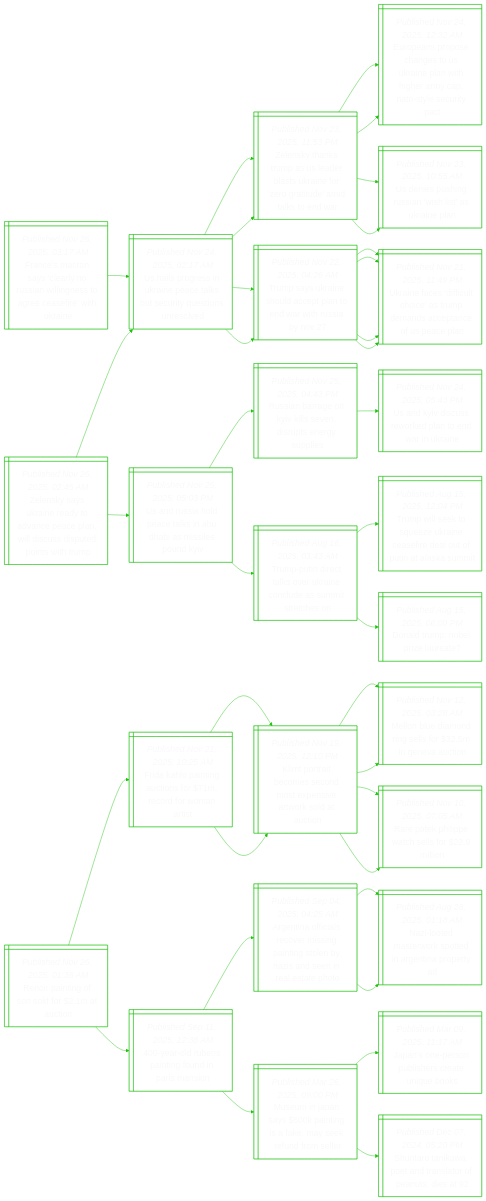
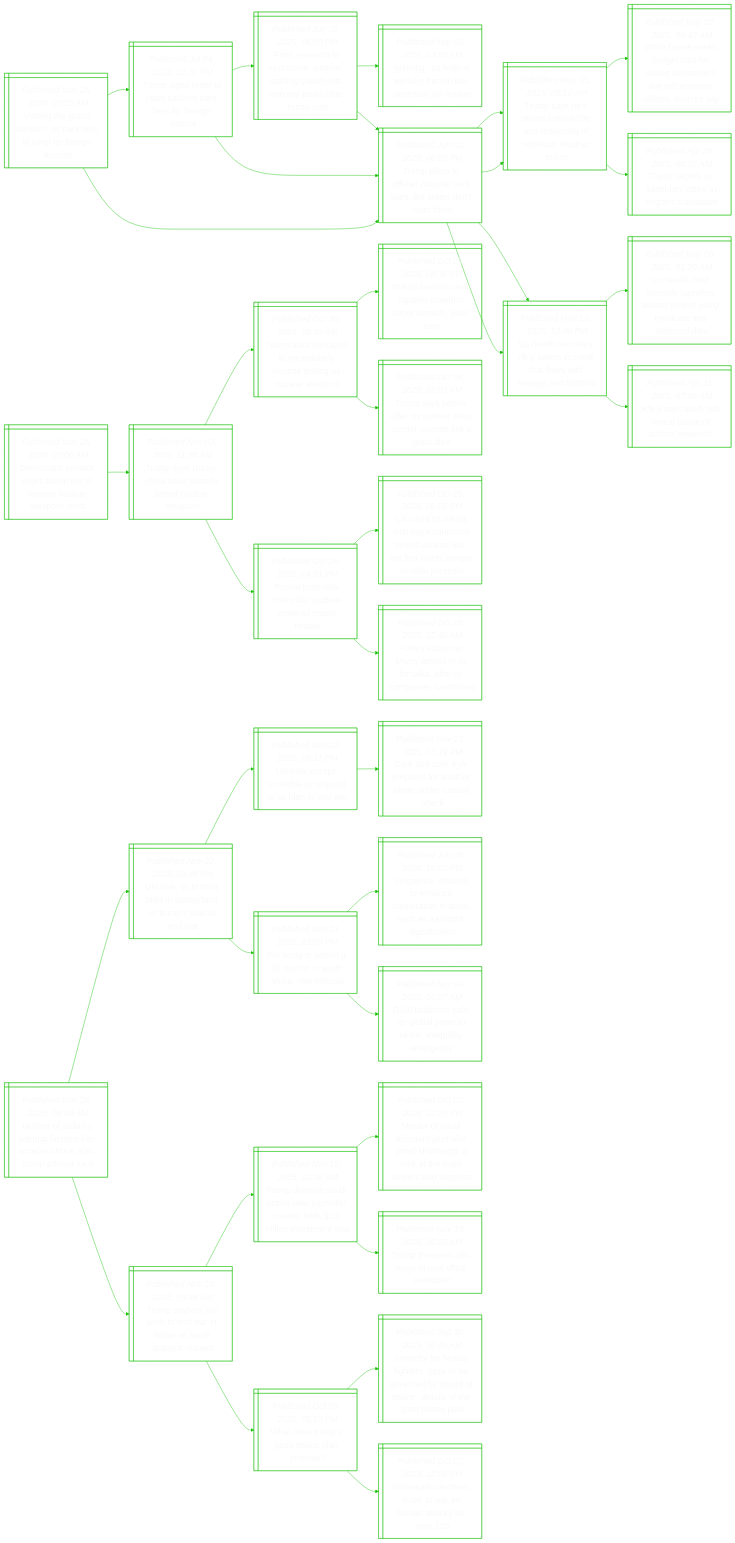
The diagram in README.md (notJmes/notJmes), drawn with Mermaid before and after one commit. The commit also changed other lines of this file, not shown here.

````diff
--- a/README.md
+++ b/README.md
@@ -16,118 +16,118 @@
 flowchart LR
 classDef txtsize font-size:20px;
 
-Feryaoilnoeewke@{ shape: win-pane, label: "_Published Nov 26, 2025, 03:17 AM_
-France’s macron says ‘clearly no russian willingness to agree ceasefire’ with ukraine" }
-Ulgiaeauuqinl@{ shape: win-pane, label: "_Published Nov 24, 2025, 02:17 AM_
-Us hails progress in ukraine peace talks but security questions unresolved" }
-ZsarsalUnzruikn@{ shape: win-pane, label: "_Published Nov 23, 2025, 11:53 PM_
-Zelensky thanks trump as us leader blasts ukraine for ‘zero gratitude’ amid talks to end war" }
-EeregUalthmNtett@{ shape: win-pane, label: "_Published Nov 24, 2025, 12:32 AM_
-Europeans propose changes to us ukraine plan with higher army cap, nato-style security pact" }
-UisRahaal@{ shape: win-pane, label: "_Published Nov 23, 2025, 10:55 AM_
-Us denies pushing russian ‘wish list’ as ukraine plan" }
-Tskeleanwub@{ shape: win-pane, label: "_Published Nov 22, 2025, 04:26 AM_
-Trump says ukraine should accept plan to end war with russia by nov 27" }
-Uneftcrespepp@{ shape: win-pane, label: "_Published Nov 21, 2025, 11:49 PM_
-Ukraine faces ‘difficult choice’ as trump demands acceptance of us peace plan" }
-Uneftcrespepp@{ shape: win-pane, label: "_Published Nov 21, 2025, 11:49 PM_
-Ukraine faces ‘difficult choice’ as trump demands acceptance of us peace plan" }
+Viedoaeurius@{ shape: win-pane, label: "_Published Nov 26, 2025, 07:25 AM_
+Visiting the grand canyon? us park fees to jump for foreign tourists" }
+Tsotsiperiss@{ shape: win-pane, label: "_Published Jul 04, 2025, 12:30 PM_
+Trump signs order to raise national park fees for foreign visitors" }
+FeceomtnntipaTc@{ shape: win-pane, label: "_Published Jun 08, 2025, 06:50 PM_
+From research to restrooms: summer staffing crunch hits national parks after trump cuts" }
+Gifakhinabe@{ shape: win-pane, label: "_Published Mar 09, 2025, 03:52 AM_
+‘grieving’: us federal workers thrown into uncertain job market" }
+Tptlaakstdae@{ shape: win-pane, label: "_Published Jun 02, 2025, 06:00 PM_
+Trump plans to offload national park sites, but states don’t want them" }
+Tptlaakstdae@{ shape: win-pane, label: "_Published Jun 02, 2025, 06:00 PM_
+Trump plans to offload national park sites, but states don’t want them" }
+Tseeednpgtuapn@{ shape: win-pane, label: "_Published May 05, 2025, 08:10 AM_
+Trump says he’s ordered rebuilding and reopening of notorious alcatraz prison" }
+UlcrJmrhotade@{ shape: win-pane, label: "_Published May 13, 2025, 12:00 PM_
+Us health secretary rfk jr swims in creek that flows with sewage and bacteria" }
+Tptlaakstdae@{ shape: win-pane, label: "_Published Jun 02, 2025, 06:00 PM_
+Trump plans to offload national park sites, but states don’t want them" }
+Tseeednpgtuapn@{ shape: win-pane, label: "_Published May 05, 2025, 08:10 AM_
+Trump says he’s ordered rebuilding and reopening of notorious alcatraz prison" }
+WHsbtfsDtlfmfscy@{ shape: win-pane, label: "_Published May 02, 2025, 09:43 AM_
+White house seeks budget cuts for justice department law enforcement offices, sources say" }
+Tttaatnaaw@{ shape: win-pane, label: "_Published Apr 29, 2025, 04:32 AM_
+Trump targets us 'sanctuary cities' in migrant crackdown" }
+UlcrJmrhotade@{ shape: win-pane, label: "_Published May 13, 2025, 12:00 PM_
+Us health secretary rfk jr swims in creek that flows with sewage and bacteria" }
+Ulinlhtrtgcnid@{ shape: win-pane, label: "_Published May 08, 2025, 01:30 AM_
+Us health chief kennedy launches autism project using medicare and medicaid data" }
+Rstivafsd@{ shape: win-pane, label: "_Published Apr 11, 2025, 07:39 AM_
+Rfk jr says study will reveal cause of autism ‘epidemic’" }
 
-Feryaoilnoeewke:::txtsize --> Ulgiaeauuqinl:::txtsize
-Ulgiaeauuqinl:::txtsize --> ZsarsalUnzruikn:::txtsize
-ZsarsalUnzruikn:::txtsize --> EeregUalthmNtett:::txtsize
-ZsarsalUnzruikn:::txtsize --> UisRahaal:::txtsize
-Ulgiaeauuqinl:::txtsize --> Tskeleanwub:::txtsize
-Tskeleanwub:::txtsize --> Uneftcrespepp:::txtsize
-Tskeleanwub:::txtsize --> Uneftcrespepp:::txtsize
+Viedoaeurius:::txtsize --> Tsotsiperiss:::txtsize
+Tsotsiperiss:::txtsize --> FeceomtnntipaTc:::txtsize
+FeceomtnntipaTc:::txtsize --> Gifakhinabe:::txtsize
+FeceomtnntipaTc:::txtsize --> Tptlaakstdae:::txtsize
+Tsotsiperiss:::txtsize --> Tptlaakstdae:::txtsize
+Tptlaakstdae:::txtsize --> Tseeednpgtuapn:::txtsize
+Tptlaakstdae:::txtsize --> UlcrJmrhotade:::txtsize
+Viedoaeurius:::txtsize --> Tptlaakstdae:::txtsize
+Tptlaakstdae:::txtsize --> Tseeednpgtuapn:::txtsize
+Tseeednpgtuapn:::txtsize --> WHsbtfsDtlfmfscy:::txtsize
+Tseeednpgtuapn:::txtsize --> Tttaatnaaw:::txtsize
+Tptlaakstdae:::txtsize --> UlcrJmrhotade:::txtsize
+UlcrJmrhotade:::txtsize --> Ulinlhtrtgcnid:::txtsize
+UlcrJmrhotade:::txtsize --> Rstivafsd:::txtsize
 
-Zsyaeonaalusdthp@{ shape: win-pane, label: "_Published Nov 26, 2025, 02:45 AM_
-Zelensky says ukraine ready to advance peace plan, will discuss disputed points with trump" }
-Ulgiaeauuqinl@{ shape: win-pane, label: "_Published Nov 24, 2025, 02:17 AM_
-Us hails progress in ukraine peace talks but security questions unresolved" }
-ZsarsalUnzruikn@{ shape: win-pane, label: "_Published Nov 23, 2025, 11:53 PM_
-Zelensky thanks trump as us leader blasts ukraine for ‘zero gratitude’ amid talks to end war" }
-EeregUalthmNtett@{ shape: win-pane, label: "_Published Nov 24, 2025, 12:32 AM_
-Europeans propose changes to us ukraine plan with higher army cap, nato-style security pact" }
-UisRahaal@{ shape: win-pane, label: "_Published Nov 23, 2025, 10:55 AM_
-Us denies pushing russian ‘wish list’ as ukraine plan" }
-Tskeleanwub@{ shape: win-pane, label: "_Published Nov 22, 2025, 04:26 AM_
-Trump says ukraine should accept plan to end war with russia by nov 27" }
-Uneftcrespepp@{ shape: win-pane, label: "_Published Nov 21, 2025, 11:49 PM_
-Ukraine faces ‘difficult choice’ as trump demands acceptance of us peace plan" }
-Uneftcrespepp@{ shape: win-pane, label: "_Published Nov 21, 2025, 11:49 PM_
-Ukraine faces ‘difficult choice’ as trump demands acceptance of us peace plan" }
-URaptiDaspK@{ shape: win-pane, label: "_Published Nov 25, 2025, 05:03 PM_
-Us and russia hold peace talks in abu dhabi as missiles pound kyiv" }
-Rarnksdpeue@{ shape: win-pane, label: "_Published Nov 25, 2025, 04:43 PM_
-Russian barrage on kyiv kills seven, disrupts energy supplies" }
-UKisrlerr@{ shape: win-pane, label: "_Published Nov 24, 2025, 05:43 PM_
-Us and kyiv discuss reworked plan to end war in ukraine" }
-TPdtsUncamre@{ shape: win-pane, label: "_Published Aug 16, 2025, 03:43 AM_
-Trump-putin direct talks over ukraine conclude as summit stretches on" }
-Tweszaeiaoilst@{ shape: win-pane, label: "_Published Aug 15, 2025, 12:04 PM_
-Trump will seek to squeeze ukraine ceasefire deal out of putin at alaska summit" }
-Ddplee@{ shape: win-pane, label: "_Published Aug 15, 2025, 06:00 PM_
-Donald trump: nobel prize laureate?" }
+Drsoemtucwnt@{ shape: win-pane, label: "_Published Nov 26, 2025, 07:00 AM_
+Democratic senator urges trump not to resume nuclear weapons tests" }
+TsuCheltcwn@{ shape: win-pane, label: "_Published Nov 03, 2025, 11:35 AM_
+Trump says russia, china have secretly tested nuclear weapons" }
+Taeomareinap@{ shape: win-pane, label: "_Published Oct 30, 2025, 09:50 AM_
+Trump asks pentagon to immediately resume testing us nuclear weapons" }
+RasepPdprPs@{ shape: win-pane, label: "_Published Oct 29, 2025, 08:36 PM_
+Russia tests nuclear-capable poseidon super torpedo, putin says" }
+Tsuoolrnssai@{ shape: win-pane, label: "_Published Oct 06, 2025, 02:01 AM_
+Trump says putin’s offer on nuclear arms control ‘sounds like a good idea’" }
+Rasniurruie@{ shape: win-pane, label: "_Published Oct 26, 2025, 04:01 PM_
+Russia tests new ‘invincible’ nuclear-powered cruise missile" }
+UlRamaoerwttsparr@{ shape: win-pane, label: "_Published Oct 25, 2025, 06:05 PM_
+Us could hit russia with more sanctions to end ukraine war, but first wants europe to raise pressure" }
+Psonrsfltlasi@{ shape: win-pane, label: "_Published Oct 25, 2025, 12:40 AM_
+Putin’s economic envoy arrives in us for talks, after oil companies sanctioned" }
 
-Zsyaeonaalusdthp:::txtsize --> Ulgiaeauuqinl:::txtsize
-Ulgiaeauuqinl:::txtsize --> ZsarsalUnzruikn:::txtsize
-ZsarsalUnzruikn:::txtsize --> EeregUalthmNtett:::txtsize
-ZsarsalUnzruikn:::txtsize --> UisRahaal:::txtsize
-Ulgiaeauuqinl:::txtsize --> Tskeleanwub:::txtsize
-Tskeleanwub:::txtsize --> Uneftcrespepp:::txtsize
-Tskeleanwub:::txtsize --> Uneftcrespepp:::txtsize
-Zsyaeonaalusdthp:::txtsize --> URaptiDaspK:::txtsize
-URaptiDaspK:::txtsize --> Rarnksdpeue:::txtsize
-Rarnksdpeue:::txtsize --> UKisrlerr:::txtsize
-URaptiDaspK:::txtsize --> TPdtsUncamre:::txtsize
-TPdtsUncamre:::txtsize --> Tweszaeiaoilst:::txtsize
-TPdtsUncamre:::txtsize --> Ddplee:::txtsize
+Drsoemtucwnt:::txtsize --> TsuCheltcwn:::txtsize
+TsuCheltcwn:::txtsize --> Taeomareinap:::txtsize
+Taeomareinap:::txtsize --> RasepPdprPs:::txtsize
+Taeomareinap:::txtsize --> Tsuoolrnssai:::txtsize
+TsuCheltcwn:::txtsize --> Rasniurruie:::txtsize
+Rasniurruie:::txtsize --> UlRamaoerwttsparr:::txtsize
+Rasniurruie:::txtsize --> Psonrsfltlasi:::txtsize
 
-Rrtforun@{ shape: win-pane, label: "_Published Nov 26, 2025, 01:38 AM_
-Renoir painting of son sold for $2.1m at auction" }
-FKpicsrdor@{ shape: win-pane, label: "_Published Nov 21, 2025, 10:25 AM_
-Frida kahlo painting auctions for $71m, record for woman artist" }
-Kpacsdesrkat@{ shape: win-pane, label: "_Published Nov 19, 2025, 12:10 PM_
-Klimt portrait becomes second most expensive artwork sold at auction" }
-Mndngsiec@{ shape: win-pane, label: "_Published Nov 12, 2025, 03:28 AM_
-Mellon blue diamond ring sells for $32.5m in geneva auction" }
-Rahpclmo@{ shape: win-pane, label: "_Published Nov 10, 2025, 07:05 AM_
-Rare patek philippe watch sells for $22.9 million" }
-Kpacsdesrkat@{ shape: win-pane, label: "_Published Nov 19, 2025, 12:10 PM_
-Klimt portrait becomes second most expensive artwork sold at auction" }
-Mndngsiec@{ shape: win-pane, label: "_Published Nov 12, 2025, 03:28 AM_
-Mellon blue diamond ring sells for $32.5m in geneva auction" }
-Rahpclmo@{ shape: win-pane, label: "_Published Nov 10, 2025, 07:05 AM_
-Rare patek philippe watch sells for $22.9 million" }
-yleigdrn@{ shape: win-pane, label: "_Published Sep 11, 2025, 12:38 AM_
-400-year-old rubens painting found in paris mansion" }
-Atfacmnnsnzdiltt@{ shape: win-pane, label: "_Published Sep 04, 2025, 04:25 AM_
-Argentina officials recover missing painting stolen by nazis and seen in real estate photo" }
-Nomrserioy@{ shape: win-pane, label: "_Published Aug 28, 2025, 01:18 AM_
-Nazi-looted masterwork spotted in argentina property ad" }
-Nomrserioy@{ shape: win-pane, label: "_Published Aug 28, 2025, 01:18 AM_
-Nazi-looted masterwork spotted in argentina property ad" }
-Mmpyigayrdsr@{ shape: win-pane, label: "_Published Mar 26, 2025, 09:00 PM_
-Museum in japan says $600k painting is a fake, may seek refund from seller" }
-Jsepsceuk@{ shape: win-pane, label: "_Published Mar 09, 2025, 11:17 AM_
-Japan’s one-person publishers create unique books" }
-SanaaatPts@{ shape: win-pane, label: "_Published Dec 07, 2024, 05:20 PM_
-Shuntaro tanikawa, poet and translator of peanuts, dies at 92" }
+NeuwnthcdeTaes@{ shape: win-pane, label: "_Published Nov 26, 2025, 06:48 AM_
+Neither of sudan’s warring factions has accepted truce plan, trump adviser says" }
+Unotsilnpnd@{ shape: win-pane, label: "_Published Nov 22, 2025, 09:48 PM_
+Ukraine, us to start talks in switzerland on trump’s plan to end war" }
+Unorestler@{ shape: win-pane, label: "_Published Nov 22, 2025, 08:11 PM_
+Ukraine, europe scramble to respond to us plan to end war" }
+Dndprrhnnunc@{ shape: win-pane, label: "_Published Nov 22, 2025, 03:19 PM_
+Dark and cold, kyiv prepares for another winter under russian attack" }
+Pgtsturiti@{ shape: win-pane, label: "_Published Nov 21, 2025, 12:00 PM_
+Pm wong to attend g-20 summit in south africa, visit ethiopia" }
+Sptineeorutpili@{ shape: win-pane, label: "_Published Jun 05, 2024, 10:03 PM_
+Singapore, ethiopia to enhance cooperation in areas such as transport, digitalisation" }
+Gfcfoaolqtry@{ shape: win-pane, label: "_Published Nov 04, 2025, 06:07 AM_
+G-20 taskforce calls for global panel to tackle ‘inequality emergency’" }
+TsSwoautiiq@{ shape: win-pane, label: "_Published Nov 20, 2025, 03:48 AM_
+Trump says us will work to end war in sudan at saudi arabia’s request" }
+Tdddnersdiinst@{ shape: win-pane, label: "_Published Nov 19, 2025, 12:28 AM_
+Trump defends saudi prince over journalist murder, hails $1.3 trillion investment vow" }
+Mrusnrsasikeprsc@{ shape: win-pane, label: "_Published Oct 20, 2018, 12:23 PM_
+Murder of saudi dissident journalist jamal khashoggi: a look at the main players and suspects" }
+TttBsailn@{ shape: win-pane, label: "_Published Nov 19, 2025, 05:25 AM_
+Trump threatens abc news in oval office meltdown" }
+Wouaaam@{ shape: win-pane, label: "_Published Oct 09, 2025, 05:50 PM_
+What does trump’s gaza peace plan promise?" }
+AtHfezerydatoGel@{ shape: win-pane, label: "_Published Sep 30, 2025, 06:45 AM_
+Amnesty for hamas fighters, gaza to be governed by ‘board of peace’: details of the gaza peace plan" }
+NyeeawHakl@{ shape: win-pane, label: "_Published Oct 07, 2023, 12:04 PM_
+Netanyahu declares israel at war as hamas attacks kill over 100" }
 
-Rrtforun:::txtsize --> FKpicsrdor:::txtsize
-FKpicsrdor:::txtsize --> Kpacsdesrkat:::txtsize
-Kpacsdesrkat:::txtsize --> Mndngsiec:::txtsize
-Kpacsdesrkat:::txtsize --> Rahpclmo:::txtsize
-FKpicsrdor:::txtsize --> Kpacsdesrkat:::txtsize
-Kpacsdesrkat:::txtsize --> Mndngsiec:::txtsize
-Kpacsdesrkat:::txtsize --> Rahpclmo:::txtsize
-Rrtforun:::txtsize --> yleigdrn:::txtsize
-yleigdrn:::txtsize --> Atfacmnnsnzdiltt:::txtsize
-Atfacmnnsnzdiltt:::txtsize --> Nomrserioy:::txtsize
-Atfacmnnsnzdiltt:::txtsize --> Nomrserioy:::txtsize
-yleigdrn:::txtsize --> Mmpyigayrdsr:::txtsize
-Mmpyigayrdsr:::txtsize --> Jsepsceuk:::txtsize
-Mmpyigayrdsr:::txtsize --> SanaaatPts:::txtsize
+NeuwnthcdeTaes:::txtsize --> Unotsilnpnd:::txtsize
+Unotsilnpnd:::txtsize --> Unorestler:::txtsize
+Unorestler:::txtsize --> Dndprrhnnunc:::txtsize
+Unotsilnpnd:::txtsize --> Pgtsturiti:::txtsize
+Pgtsturiti:::txtsize --> Sptineeorutpili:::txtsize
+Pgtsturiti:::txtsize --> Gfcfoaolqtry:::txtsize
+NeuwnthcdeTaes:::txtsize --> TsSwoautiiq:::txtsize
+TsSwoautiiq:::txtsize --> Tdddnersdiinst:::txtsize
+Tdddnersdiinst:::txtsize --> Mrusnrsasikeprsc:::txtsize
+Tdddnersdiinst:::txtsize --> TttBsailn:::txtsize
+TsSwoautiiq:::txtsize --> Wouaaam:::txtsize
+Wouaaam:::txtsize --> AtHfezerydatoGel:::txtsize
+Wouaaam:::txtsize --> NyeeawHakl:::txtsize
 
 ```
````
